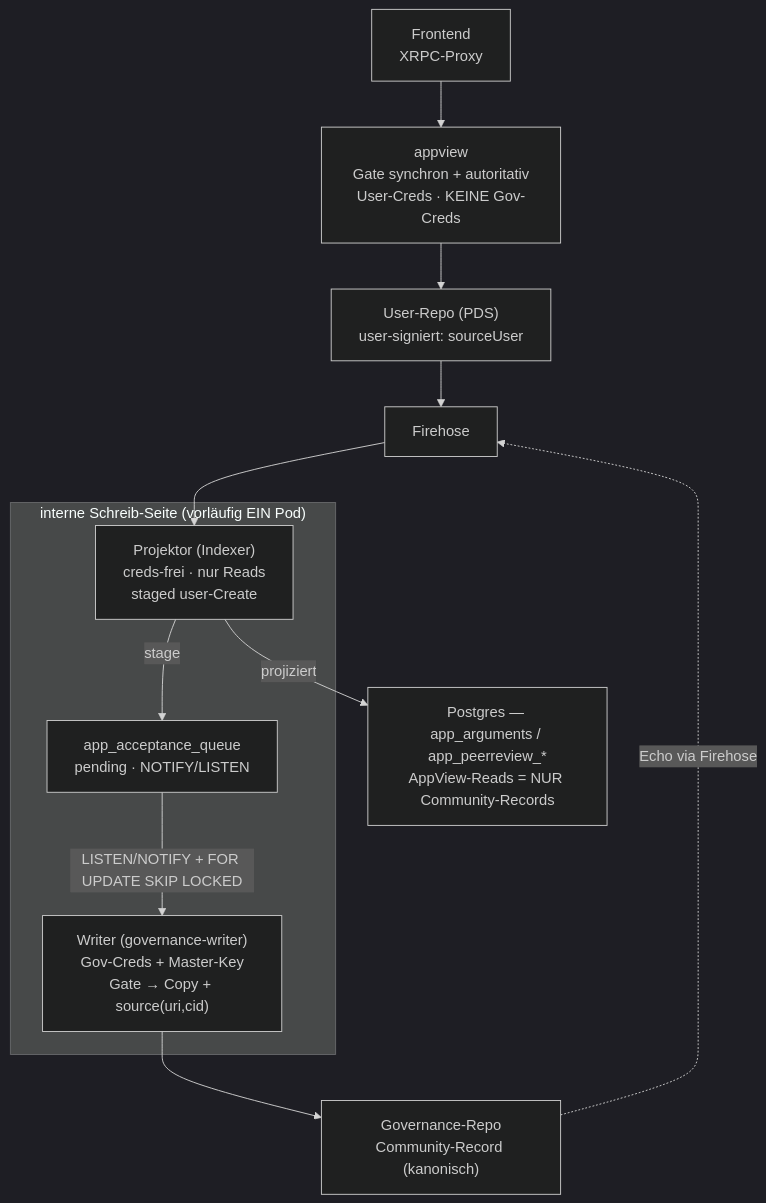
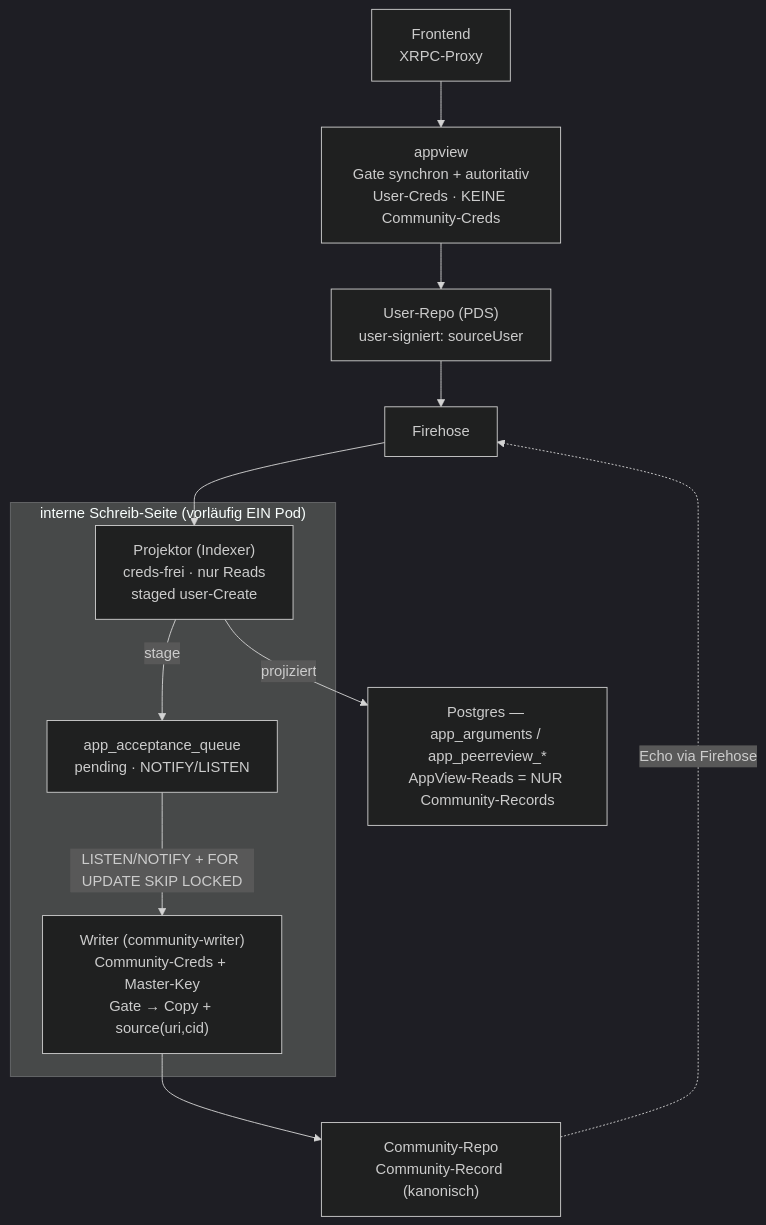
Before and after one commit to nikwyss/poltrMVP: the diagram in doc/ATPROTO_NATIVE_DELIBERATION.md, drawn with Mermaid (dark theme). The commit also changed other lines of this file and 3060 other files, not shown here.

````diff
--- a/doc/ATPROTO_NATIVE_DELIBERATION.md
+++ b/doc/ATPROTO_NATIVE_DELIBERATION.md
@@ -21,19 +21,19 @@
 ```mermaid
 flowchart TB
-  FE["Frontend<br/>XRPC-Proxy"] --> AV["appview<br/>Gate synchron + autoritativ<br/>User-Creds · KEINE Gov-Creds"]
+  FE["Frontend<br/>XRPC-Proxy"] --> AV["appview<br/>Gate synchron + autoritativ<br/>User-Creds · KEINE Community-Creds"]
   AV --> UR["User-Repo (PDS)<br/>user-signiert: sourceUser"]
   UR --> FH["Firehose"]
 
   subgraph INT["interne Schreib-Seite (vorläufig EIN Pod)"]
     PJ["Projektor (Indexer)<br/>creds-frei · nur Reads<br/>staged user-Create"]
     Q["app_acceptance_queue<br/>pending · NOTIFY/LISTEN"]
-    WR["Writer (governance-writer)<br/>Gov-Creds + Master-Key<br/>Gate → Copy + source(uri,cid)"]
+    WR["Writer (community-writer)<br/>Community-Creds + Master-Key<br/>Gate → Copy + source(uri,cid)"]
   end
 
   FH --> PJ
   PJ -->|stage| Q
   Q -->|LISTEN/NOTIFY + FOR UPDATE SKIP LOCKED| WR
-  WR --> GR["Governance-Repo<br/>Community-Record (kanonisch)"]
+  WR --> GR["Community-Repo<br/>Community-Record (kanonisch)"]
   GR -.->|Echo via Firehose| FH
   PJ -->|projiziert| PG["Postgres — app_arguments / app_peerreview_*<br/>AppView-Reads = NUR Community-Records"]
 ```
````
